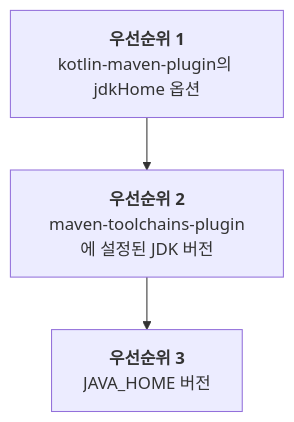
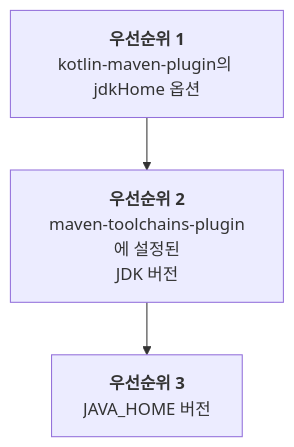
One commit to BinaryTape/Open-AIDoc changed the second of 2 diagrams in docs/ko/kotlin/maven-configure-project.md. Above: the diagram before and after it, drawn with Mermaid. The commit also changed other lines of this file and 1240 other files, not shown here.

````diff
--- a/docs/ko/kotlin/maven-configure-project.md
+++ b/docs/ko/kotlin/maven-configure-project.md
@@ -323,9 +329,9 @@
 ```Mermaid
 graph TD
     A["<b>우선순위 1</b><br/>kotlin-maven-plugin의 jdkHome 옵션"]
-    B["<b>우선순위 2</b><br/>maven-toolchains-plugin에 설정된 JDK 버전"]
+    B["<b>우선순위 2</b><br/>maven-toolchains-plugin에 설정된<br/>JDK 버전"]
     C["<b>우선순위 3</b><br/>JAVA_HOME 버전"]
 
     A --> B
     B --> C
 ```
````
